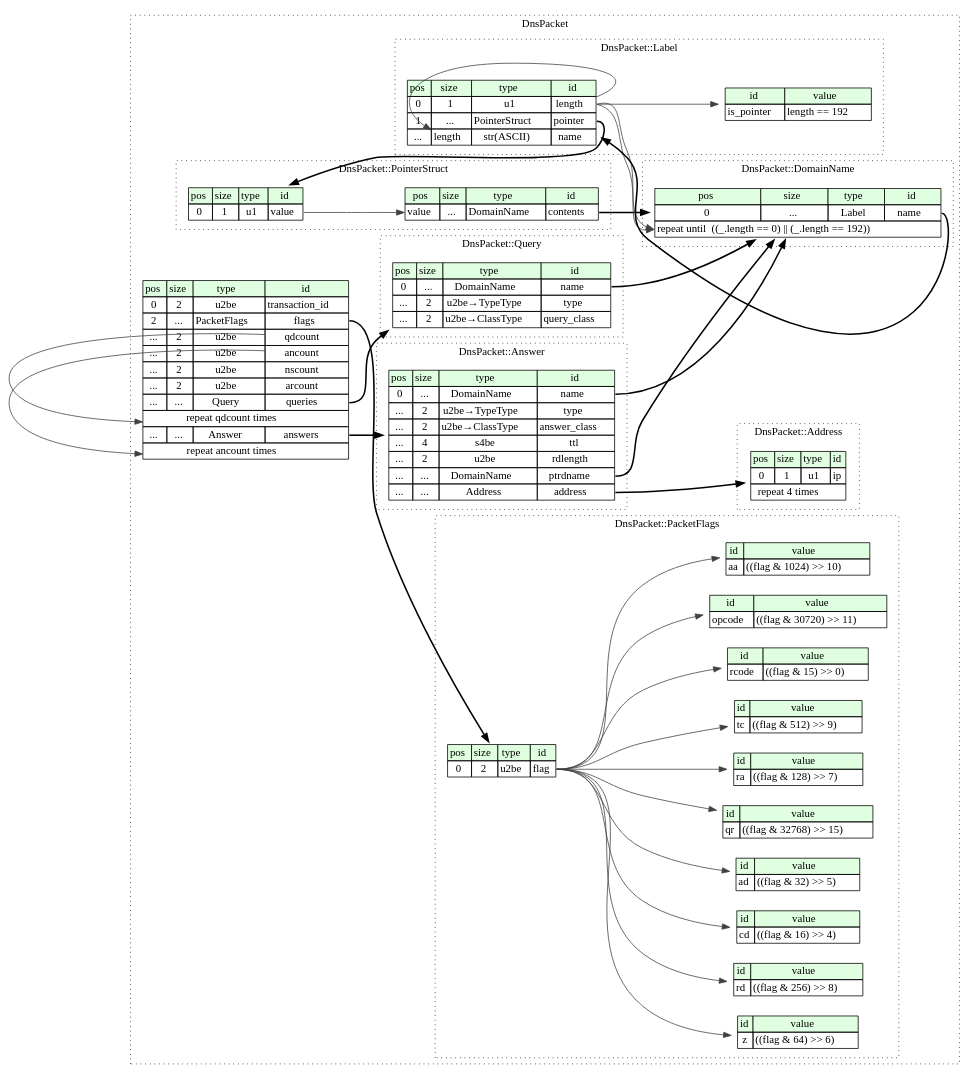
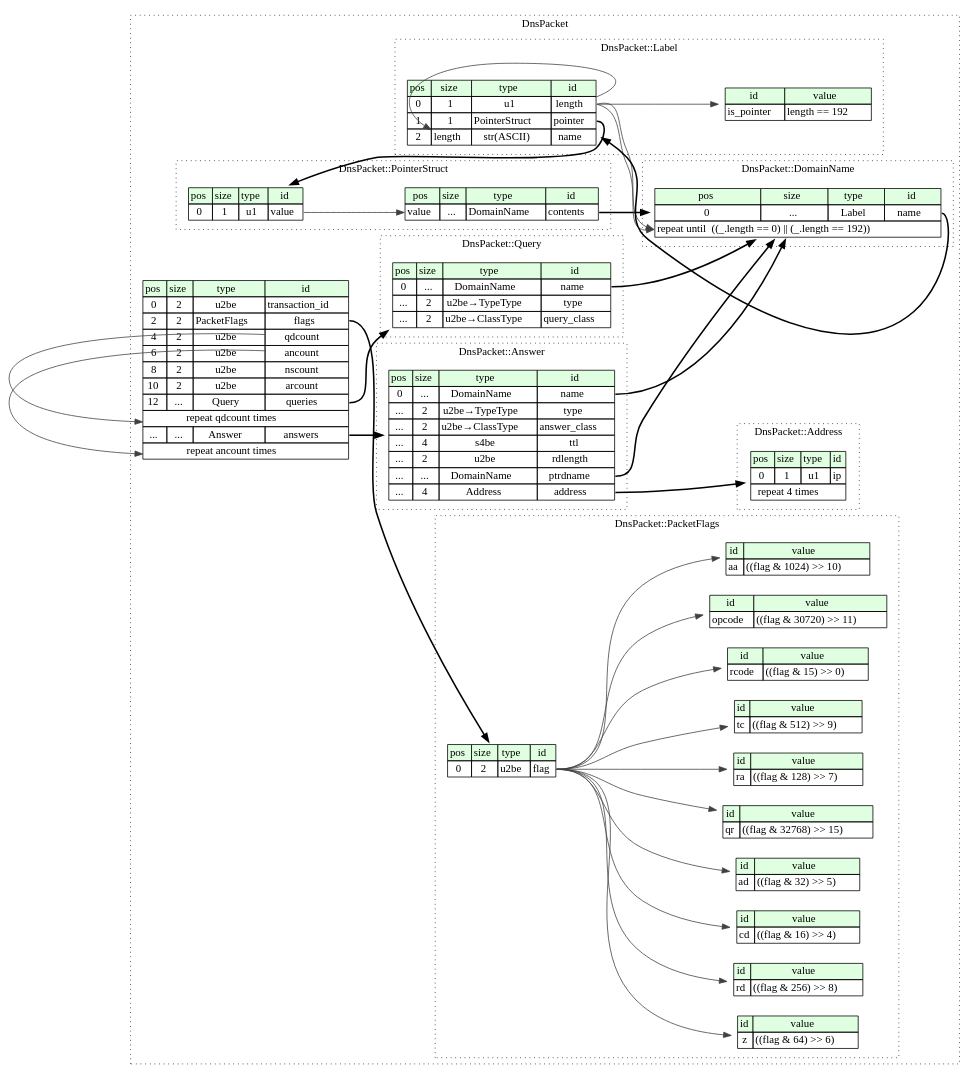
The diagram in dns_packet/src/graphviz/dns_packet.dot (kaitai-io/formats-kaitai-io.github.io), drawn with Graphviz before and after one commit. The commit also changed 1654 other files, not shown here.

```diff
--- a/dns_packet/src/graphviz/dns_packet.dot
+++ b/dns_packet/src/graphviz/dns_packet.dot
@@ -1,172 +1,172 @@
 digraph {
 	rankdir=LR;
 	node [shape=plaintext];
 	subgraph cluster__dns_packet {
 		label="DnsPacket";
 		graph[style=dotted];
 
 		dns_packet__seq [label=<<TABLE BORDER="0" CELLBORDER="1" CELLSPACING="0">
 			<TR><TD BGCOLOR="#E0FFE0">pos</TD><TD BGCOLOR="#E0FFE0">size</TD><TD BGCOLOR="#E0FFE0">type</TD><TD BGCOLOR="#E0FFE0">id</TD></TR>
 			<TR><TD PORT="transaction_id_pos">0</TD><TD PORT="transaction_id_size">2</TD><TD>u2be</TD><TD PORT="transaction_id_type">transaction_id</TD></TR>
-			<TR><TD PORT="flags_pos">2</TD><TD PORT="flags_size">...</TD><TD>PacketFlags</TD><TD PORT="flags_type">flags</TD></TR>
-			<TR><TD PORT="qdcount_pos">...</TD><TD PORT="qdcount_size">2</TD><TD>u2be</TD><TD PORT="qdcount_type">qdcount</TD></TR>
-			<TR><TD PORT="ancount_pos">...</TD><TD PORT="ancount_size">2</TD><TD>u2be</TD><TD PORT="ancount_type">ancount</TD></TR>
-			<TR><TD PORT="nscount_pos">...</TD><TD PORT="nscount_size">2</TD><TD>u2be</TD><TD PORT="nscount_type">nscount</TD></TR>
-			<TR><TD PORT="arcount_pos">...</TD><TD PORT="arcount_size">2</TD><TD>u2be</TD><TD PORT="arcount_type">arcount</TD></TR>
-			<TR><TD PORT="queries_pos">...</TD><TD PORT="queries_size">...</TD><TD>Query</TD><TD PORT="queries_type">queries</TD></TR>
+			<TR><TD PORT="flags_pos">2</TD><TD PORT="flags_size">2</TD><TD>PacketFlags</TD><TD PORT="flags_type">flags</TD></TR>
+			<TR><TD PORT="qdcount_pos">4</TD><TD PORT="qdcount_size">2</TD><TD>u2be</TD><TD PORT="qdcount_type">qdcount</TD></TR>
+			<TR><TD PORT="ancount_pos">6</TD><TD PORT="ancount_size">2</TD><TD>u2be</TD><TD PORT="ancount_type">ancount</TD></TR>
+			<TR><TD PORT="nscount_pos">8</TD><TD PORT="nscount_size">2</TD><TD>u2be</TD><TD PORT="nscount_type">nscount</TD></TR>
+			<TR><TD PORT="arcount_pos">10</TD><TD PORT="arcount_size">2</TD><TD>u2be</TD><TD PORT="arcount_type">arcount</TD></TR>
+			<TR><TD PORT="queries_pos">12</TD><TD PORT="queries_size">...</TD><TD>Query</TD><TD PORT="queries_type">queries</TD></TR>
 			<TR><TD COLSPAN="4" PORT="queries__repeat">repeat qdcount times</TD></TR>
 			<TR><TD PORT="answers_pos">...</TD><TD PORT="answers_size">...</TD><TD>Answer</TD><TD PORT="answers_type">answers</TD></TR>
 			<TR><TD COLSPAN="4" PORT="answers__repeat">repeat ancount times</TD></TR>
 		</TABLE>>];
 		subgraph cluster__pointer_struct {
 			label="DnsPacket::PointerStruct";
 			graph[style=dotted];
 
 			pointer_struct__seq [label=<<TABLE BORDER="0" CELLBORDER="1" CELLSPACING="0">
 				<TR><TD BGCOLOR="#E0FFE0">pos</TD><TD BGCOLOR="#E0FFE0">size</TD><TD BGCOLOR="#E0FFE0">type</TD><TD BGCOLOR="#E0FFE0">id</TD></TR>
 				<TR><TD PORT="value_pos">0</TD><TD PORT="value_size">1</TD><TD>u1</TD><TD PORT="value_type">value</TD></TR>
 			</TABLE>>];
 			pointer_struct__inst__contents [label=<<TABLE BORDER="0" CELLBORDER="1" CELLSPACING="0">
 				<TR><TD BGCOLOR="#E0FFE0">pos</TD><TD BGCOLOR="#E0FFE0">size</TD><TD BGCOLOR="#E0FFE0">type</TD><TD BGCOLOR="#E0FFE0">id</TD></TR>
 				<TR><TD PORT="contents_pos">value</TD><TD PORT="contents_size">...</TD><TD>DomainName</TD><TD PORT="contents_type">contents</TD></TR>
 			</TABLE>>];
 		}
 		subgraph cluster__label {
 			label="DnsPacket::Label";
 			graph[style=dotted];
 
 			label__seq [label=<<TABLE BORDER="0" CELLBORDER="1" CELLSPACING="0">
 				<TR><TD BGCOLOR="#E0FFE0">pos</TD><TD BGCOLOR="#E0FFE0">size</TD><TD BGCOLOR="#E0FFE0">type</TD><TD BGCOLOR="#E0FFE0">id</TD></TR>
 				<TR><TD PORT="length_pos">0</TD><TD PORT="length_size">1</TD><TD>u1</TD><TD PORT="length_type">length</TD></TR>
-				<TR><TD PORT="pointer_pos">1</TD><TD PORT="pointer_size">...</TD><TD>PointerStruct</TD><TD PORT="pointer_type">pointer</TD></TR>
-				<TR><TD PORT="name_pos">...</TD><TD PORT="name_size">length</TD><TD>str(ASCII)</TD><TD PORT="name_type">name</TD></TR>
+				<TR><TD PORT="pointer_pos">1</TD><TD PORT="pointer_size">1</TD><TD>PointerStruct</TD><TD PORT="pointer_type">pointer</TD></TR>
+				<TR><TD PORT="name_pos">2</TD><TD PORT="name_size">length</TD><TD>str(ASCII)</TD><TD PORT="name_type">name</TD></TR>
 			</TABLE>>];
 			label__inst__is_pointer [label=<<TABLE BORDER="0" CELLBORDER="1" CELLSPACING="0">
 				<TR><TD BGCOLOR="#E0FFE0">id</TD><TD BGCOLOR="#E0FFE0">value</TD></TR>
 				<TR><TD>is_pointer</TD><TD>length == 192</TD></TR>
 			</TABLE>>];
 		}
 		subgraph cluster__query {
 			label="DnsPacket::Query";
 			graph[style=dotted];
 
 			query__seq [label=<<TABLE BORDER="0" CELLBORDER="1" CELLSPACING="0">
 				<TR><TD BGCOLOR="#E0FFE0">pos</TD><TD BGCOLOR="#E0FFE0">size</TD><TD BGCOLOR="#E0FFE0">type</TD><TD BGCOLOR="#E0FFE0">id</TD></TR>
 				<TR><TD PORT="name_pos">0</TD><TD PORT="name_size">...</TD><TD>DomainName</TD><TD PORT="name_type">name</TD></TR>
 				<TR><TD PORT="type_pos">...</TD><TD PORT="type_size">2</TD><TD>u2be→TypeType</TD><TD PORT="type_type">type</TD></TR>
 				<TR><TD PORT="query_class_pos">...</TD><TD PORT="query_class_size">2</TD><TD>u2be→ClassType</TD><TD PORT="query_class_type">query_class</TD></TR>
 			</TABLE>>];
 		}
 		subgraph cluster__domain_name {
 			label="DnsPacket::DomainName";
 			graph[style=dotted];
 
 			domain_name__seq [label=<<TABLE BORDER="0" CELLBORDER="1" CELLSPACING="0">
 				<TR><TD BGCOLOR="#E0FFE0">pos</TD><TD BGCOLOR="#E0FFE0">size</TD><TD BGCOLOR="#E0FFE0">type</TD><TD BGCOLOR="#E0FFE0">id</TD></TR>
 				<TR><TD PORT="name_pos">0</TD><TD PORT="name_size">...</TD><TD>Label</TD><TD PORT="name_type">name</TD></TR>
 				<TR><TD COLSPAN="4" PORT="name__repeat">repeat until  ((_.length == 0) || (_.length == 192)) </TD></TR>
 			</TABLE>>];
 		}
 		subgraph cluster__address {
 			label="DnsPacket::Address";
 			graph[style=dotted];
 
 			address__seq [label=<<TABLE BORDER="0" CELLBORDER="1" CELLSPACING="0">
 				<TR><TD BGCOLOR="#E0FFE0">pos</TD><TD BGCOLOR="#E0FFE0">size</TD><TD BGCOLOR="#E0FFE0">type</TD><TD BGCOLOR="#E0FFE0">id</TD></TR>
 				<TR><TD PORT="ip_pos">0</TD><TD PORT="ip_size">1</TD><TD>u1</TD><TD PORT="ip_type">ip</TD></TR>
 				<TR><TD COLSPAN="4" PORT="ip__repeat">repeat 4 times</TD></TR>
 			</TABLE>>];
 		}
 		subgraph cluster__answer {
 			label="DnsPacket::Answer";
 			graph[style=dotted];
 
 			answer__seq [label=<<TABLE BORDER="0" CELLBORDER="1" CELLSPACING="0">
 				<TR><TD BGCOLOR="#E0FFE0">pos</TD><TD BGCOLOR="#E0FFE0">size</TD><TD BGCOLOR="#E0FFE0">type</TD><TD BGCOLOR="#E0FFE0">id</TD></TR>
 				<TR><TD PORT="name_pos">0</TD><TD PORT="name_size">...</TD><TD>DomainName</TD><TD PORT="name_type">name</TD></TR>
 				<TR><TD PORT="type_pos">...</TD><TD PORT="type_size">2</TD><TD>u2be→TypeType</TD><TD PORT="type_type">type</TD></TR>
 				<TR><TD PORT="answer_class_pos">...</TD><TD PORT="answer_class_size">2</TD><TD>u2be→ClassType</TD><TD PORT="answer_class_type">answer_class</TD></TR>
 				<TR><TD PORT="ttl_pos">...</TD><TD PORT="ttl_size">4</TD><TD>s4be</TD><TD PORT="ttl_type">ttl</TD></TR>
 				<TR><TD PORT="rdlength_pos">...</TD><TD PORT="rdlength_size">2</TD><TD>u2be</TD><TD PORT="rdlength_type">rdlength</TD></TR>
 				<TR><TD PORT="ptrdname_pos">...</TD><TD PORT="ptrdname_size">...</TD><TD>DomainName</TD><TD PORT="ptrdname_type">ptrdname</TD></TR>
-				<TR><TD PORT="address_pos">...</TD><TD PORT="address_size">...</TD><TD>Address</TD><TD PORT="address_type">address</TD></TR>
+				<TR><TD PORT="address_pos">...</TD><TD PORT="address_size">4</TD><TD>Address</TD><TD PORT="address_type">address</TD></TR>
 			</TABLE>>];
 		}
 		subgraph cluster__packet_flags {
 			label="DnsPacket::PacketFlags";
 			graph[style=dotted];
 
 			packet_flags__seq [label=<<TABLE BORDER="0" CELLBORDER="1" CELLSPACING="0">
 				<TR><TD BGCOLOR="#E0FFE0">pos</TD><TD BGCOLOR="#E0FFE0">size</TD><TD BGCOLOR="#E0FFE0">type</TD><TD BGCOLOR="#E0FFE0">id</TD></TR>
 				<TR><TD PORT="flag_pos">0</TD><TD PORT="flag_size">2</TD><TD>u2be</TD><TD PORT="flag_type">flag</TD></TR>
 			</TABLE>>];
 			packet_flags__inst__qr [label=<<TABLE BORDER="0" CELLBORDER="1" CELLSPACING="0">
 				<TR><TD BGCOLOR="#E0FFE0">id</TD><TD BGCOLOR="#E0FFE0">value</TD></TR>
 				<TR><TD>qr</TD><TD>((flag &amp; 32768) &gt;&gt; 15)</TD></TR>
 			</TABLE>>];
 			packet_flags__inst__ra [label=<<TABLE BORDER="0" CELLBORDER="1" CELLSPACING="0">
 				<TR><TD BGCOLOR="#E0FFE0">id</TD><TD BGCOLOR="#E0FFE0">value</TD></TR>
 				<TR><TD>ra</TD><TD>((flag &amp; 128) &gt;&gt; 7)</TD></TR>
 			</TABLE>>];
 			packet_flags__inst__tc [label=<<TABLE BORDER="0" CELLBORDER="1" CELLSPACING="0">
 				<TR><TD BGCOLOR="#E0FFE0">id</TD><TD BGCOLOR="#E0FFE0">value</TD></TR>
 				<TR><TD>tc</TD><TD>((flag &amp; 512) &gt;&gt; 9)</TD></TR>
 			</TABLE>>];
 			packet_flags__inst__rcode [label=<<TABLE BORDER="0" CELLBORDER="1" CELLSPACING="0">
 				<TR><TD BGCOLOR="#E0FFE0">id</TD><TD BGCOLOR="#E0FFE0">value</TD></TR>
 				<TR><TD>rcode</TD><TD>((flag &amp; 15) &gt;&gt; 0)</TD></TR>
 			</TABLE>>];
 			packet_flags__inst__opcode [label=<<TABLE BORDER="0" CELLBORDER="1" CELLSPACING="0">
 				<TR><TD BGCOLOR="#E0FFE0">id</TD><TD BGCOLOR="#E0FFE0">value</TD></TR>
 				<TR><TD>opcode</TD><TD>((flag &amp; 30720) &gt;&gt; 11)</TD></TR>
 			</TABLE>>];
 			packet_flags__inst__aa [label=<<TABLE BORDER="0" CELLBORDER="1" CELLSPACING="0">
 				<TR><TD BGCOLOR="#E0FFE0">id</TD><TD BGCOLOR="#E0FFE0">value</TD></TR>
 				<TR><TD>aa</TD><TD>((flag &amp; 1024) &gt;&gt; 10)</TD></TR>
 			</TABLE>>];
 			packet_flags__inst__z [label=<<TABLE BORDER="0" CELLBORDER="1" CELLSPACING="0">
 				<TR><TD BGCOLOR="#E0FFE0">id</TD><TD BGCOLOR="#E0FFE0">value</TD></TR>
 				<TR><TD>z</TD><TD>((flag &amp; 64) &gt;&gt; 6)</TD></TR>
 			</TABLE>>];
 			packet_flags__inst__rd [label=<<TABLE BORDER="0" CELLBORDER="1" CELLSPACING="0">
 				<TR><TD BGCOLOR="#E0FFE0">id</TD><TD BGCOLOR="#E0FFE0">value</TD></TR>
 				<TR><TD>rd</TD><TD>((flag &amp; 256) &gt;&gt; 8)</TD></TR>
 			</TABLE>>];
 			packet_flags__inst__cd [label=<<TABLE BORDER="0" CELLBORDER="1" CELLSPACING="0">
 				<TR><TD BGCOLOR="#E0FFE0">id</TD><TD BGCOLOR="#E0FFE0">value</TD></TR>
 				<TR><TD>cd</TD><TD>((flag &amp; 16) &gt;&gt; 4)</TD></TR>
 			</TABLE>>];
 			packet_flags__inst__ad [label=<<TABLE BORDER="0" CELLBORDER="1" CELLSPACING="0">
 				<TR><TD BGCOLOR="#E0FFE0">id</TD><TD BGCOLOR="#E0FFE0">value</TD></TR>
 				<TR><TD>ad</TD><TD>((flag &amp; 32) &gt;&gt; 5)</TD></TR>
 			</TABLE>>];
 		}
 	}
 	dns_packet__seq:flags_type -> packet_flags__seq [style=bold];
 	dns_packet__seq:queries_type -> query__seq [style=bold];
 	dns_packet__seq:qdcount_type -> dns_packet__seq:queries__repeat [color="#404040"];
 	dns_packet__seq:answers_type -> answer__seq [style=bold];
 	dns_packet__seq:ancount_type -> dns_packet__seq:answers__repeat [color="#404040"];
 	pointer_struct__seq:value_type -> pointer_struct__inst__contents:contents_pos [color="#404040"];
 	pointer_struct__inst__contents:contents_type -> domain_name__seq [style=bold];
 	label__seq:pointer_type -> pointer_struct__seq [style=bold];
 	label__seq:length_type -> label__seq:name_size [color="#404040"];
 	label__seq:length_type -> label__inst__is_pointer [color="#404040"];
 	query__seq:name_type -> domain_name__seq [style=bold];
 	domain_name__seq:name_type -> label__seq [style=bold];
 	label__seq:length_type -> domain_name__seq:name__repeat [color="#404040"];
 	label__seq:length_type -> domain_name__seq:name__repeat [color="#404040"];
 	answer__seq:name_type -> domain_name__seq [style=bold];
 	answer__seq:ptrdname_type -> domain_name__seq [style=bold];
 	answer__seq:address_type -> address__seq [style=bold];
 	packet_flags__seq:flag_type -> packet_flags__inst__qr [color="#404040"];
 	packet_flags__seq:flag_type -> packet_flags__inst__ra [color="#404040"];
 	packet_flags__seq:flag_type -> packet_flags__inst__tc [color="#404040"];
 	packet_flags__seq:flag_type -> packet_flags__inst__rcode [color="#404040"];
 	packet_flags__seq:flag_type -> packet_flags__inst__opcode [color="#404040"];
 	packet_flags__seq:flag_type -> packet_flags__inst__aa [color="#404040"];
 	packet_flags__seq:flag_type -> packet_flags__inst__z [color="#404040"];
 	packet_flags__seq:flag_type -> packet_flags__inst__rd [color="#404040"];
 	packet_flags__seq:flag_type -> packet_flags__inst__cd [color="#404040"];
 	packet_flags__seq:flag_type -> packet_flags__inst__ad [color="#404040"];
 }
```
